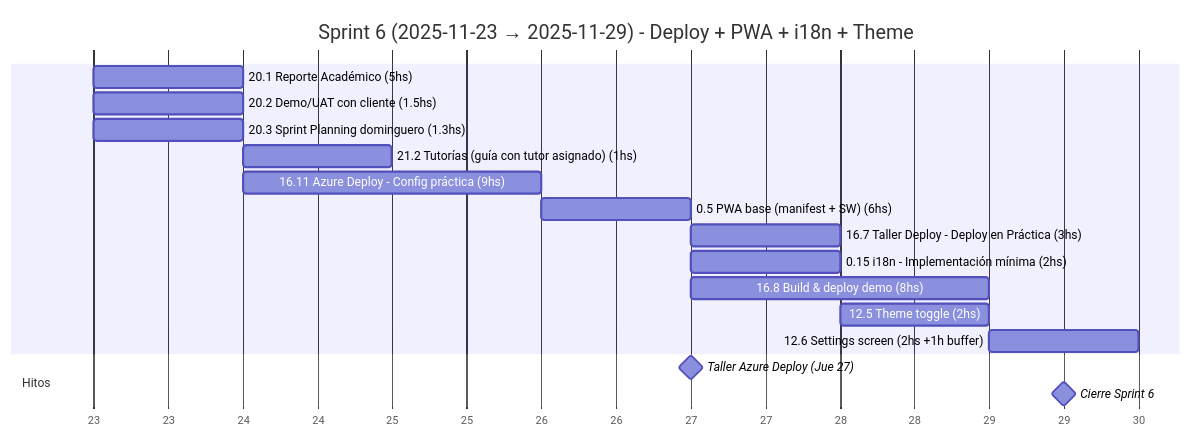
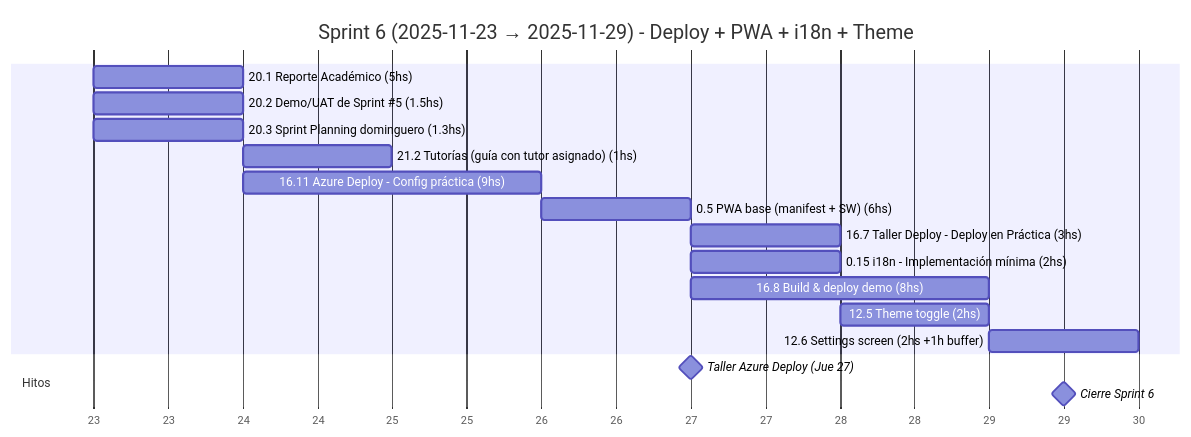
One commit to MarkMed/FleetMan changed the seventh of 19 diagrams in docs/SprintsGantts.md. Above: the diagram before and after it, drawn with Mermaid. The commit also changed other lines of this file and 2 other files, not shown here.

Commit message:
feat: Update Sprint planning for sprint 11 and update Gantt charts

````diff
--- a/docs/SprintsGantts.md
+++ b/docs/SprintsGantts.md
@@ -181,25 +181,25 @@
 ```mermaid
 gantt
   title Sprint 6 (2025-11-23 → 2025-11-29) - Deploy + PWA + i18n + Theme
   dateFormat  YYYY-MM-DD
   axisFormat  %d
 
   %% Asumimos 5 h/día. Horas estimadas incluidas en el nombre.
   %% ⚠️ Sprint ligeramente sobrecargado (40.8hs vs 35hs objetivo).
 
   20.1 Reporte Académico (5hs)                 :t201, 2025-11-23, 1d
-  20.2 Demo/UAT con cliente (1.5hs)            :t202, 2025-11-23, 1d
+  20.2 Demo/UAT de Sprint #5 (1.5hs)           :t202, 2025-11-23, 1d
   20.3 Sprint Planning dominguero (1.3hs)      :t203, 2025-11-23, 1d
   21.2 Tutorías (guía con tutor asignado) (1hs) :t212, 2025-11-24, 1d
   16.11 Azure Deploy - Config práctica (9hs)   :t1611, 2025-11-24, 2d
   0.5 PWA base (manifest + SW) (6hs)           :t05, after t1611, 1d
   16.7 Taller Deploy - Deploy en Práctica (3hs) :t167, 2025-11-27, 1d
   0.15 i18n - Implementación mínima (2hs)      :t015, after t05, 1d
   16.8 Build & deploy demo (8hs)               :t168, 2025-11-27, 2d
   12.5 Theme toggle (2hs)                      :t125, after t015, 1d
   12.6 Settings screen (2hs +1h buffer)        :t126, after t125, 1d
 
   section Hitos
   Taller Azure Deploy (Jue 27)                 :milestone, taller, 2025-11-27, 0d
   Cierre Sprint 6                              :milestone, s6, 2025-11-29, 1d
 ```
````
